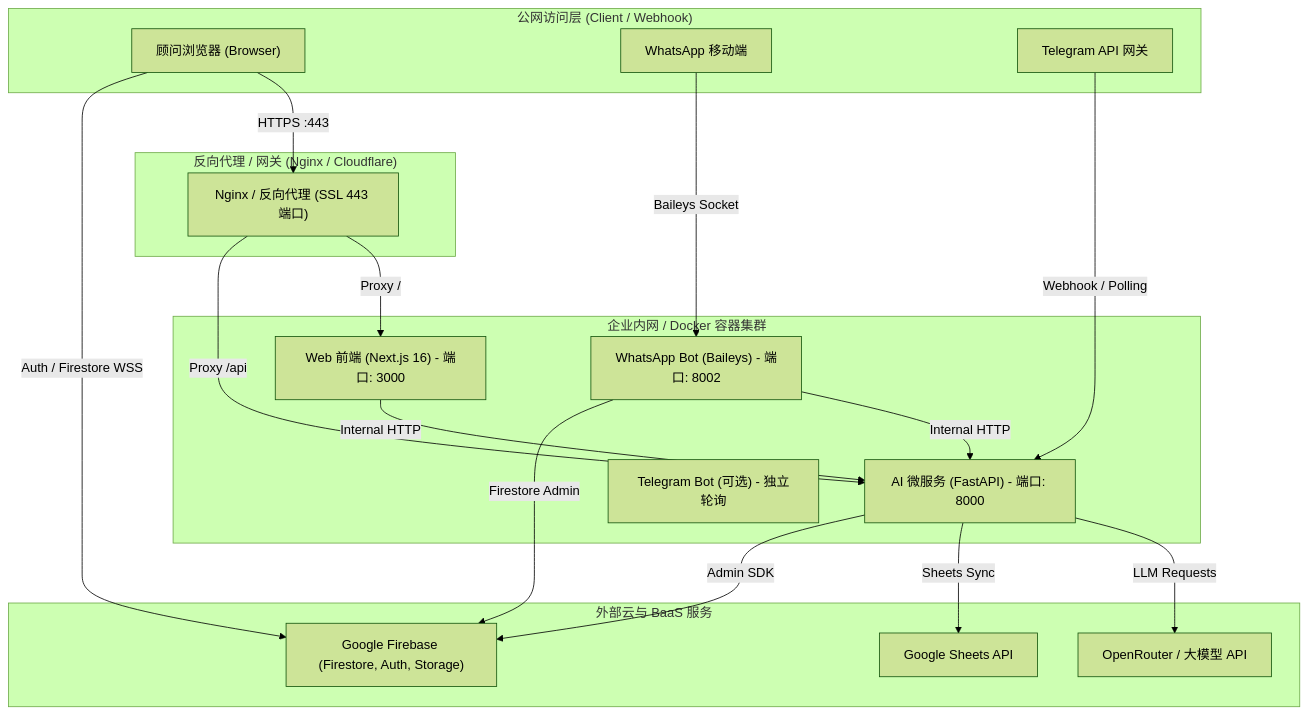
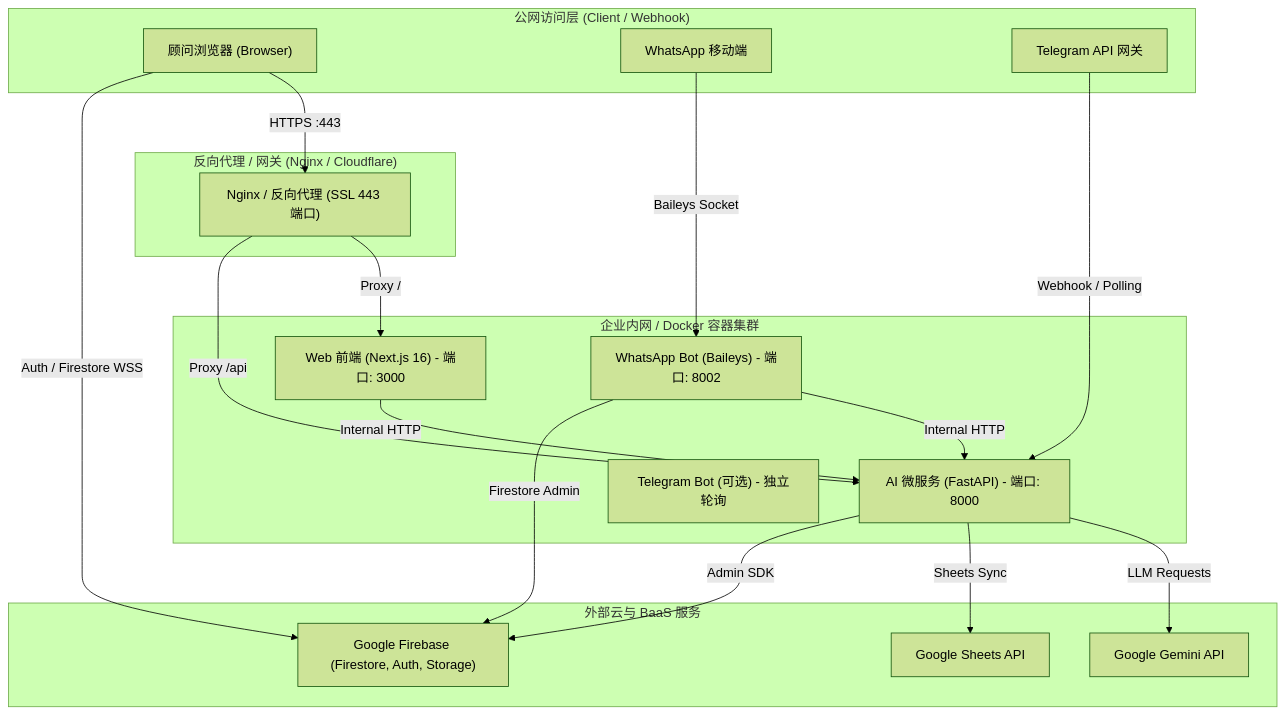
Before and after one commit to seantan338/LKL-SR-Tools: the diagram in DEPLOYMENT.md, drawn with Mermaid (forest theme). The commit also changed other lines of this file and 10 other files, not shown here.

First line of the commit message:
feat(ai_backend): switch LLM provider from OpenRouter to Gemini API (Pro + 3.8 Flash) (#3)

````diff
--- a/DEPLOYMENT.md
+++ b/DEPLOYMENT.md
@@ -74,38 +74,38 @@
 ```mermaid
 flowchart TB
     subgraph PublicNet ["公网访问层 (Client / Webhook)"]
         UserBrowser["顾问浏览器 (Browser)"]
         WAPhone["WhatsApp 移动端"]
         TGServer["Telegram API 网关"]
     end
 
     subgraph ReverseProxy ["反向代理 / 网关 (Nginx / Cloudflare)"]
         Nginx["Nginx / 反向代理 (SSL 443 端口)"]
     end
 
     subgraph InternalServices ["企业内网 / Docker 容器集群"]
         Web["Web 前端 (Next.js 16) - 端口: 3000"]
         AIBackend["AI 微服务 (FastAPI) - 端口: 8000"]
         WABot["WhatsApp Bot (Baileys) - 端口: 8002"]
         TGBot["Telegram Bot (可选) - 独立轮询"]
     end
 
     subgraph CloudServices ["外部云与 BaaS 服务"]
         Firebase["Google Firebase (Firestore, Auth, Storage)"]
-        OpenRouter["OpenRouter / 大模型 API"]
+        Gemini["Google Gemini API"]
         GSheets["Google Sheets API"]
     end
 
     UserBrowser -->|HTTPS :443| Nginx
     Nginx -->|Proxy /| Web
     Nginx -->|Proxy /api| AIBackend
     UserBrowser -->|Auth / Firestore WSS| Firebase
     Web -->|Internal HTTP| AIBackend
     WABot -->|Internal HTTP| AIBackend
     WABot -->|Firestore Admin| Firebase
     WAPhone -->|Baileys Socket| WABot
     TGServer -->|Webhook / Polling| AIBackend
-    AIBackend -->|LLM Requests| OpenRouter
+    AIBackend -->|LLM Requests| Gemini
     AIBackend -->|Sheets Sync| GSheets
     AIBackend -->|Admin SDK| Firebase
 ```
````
